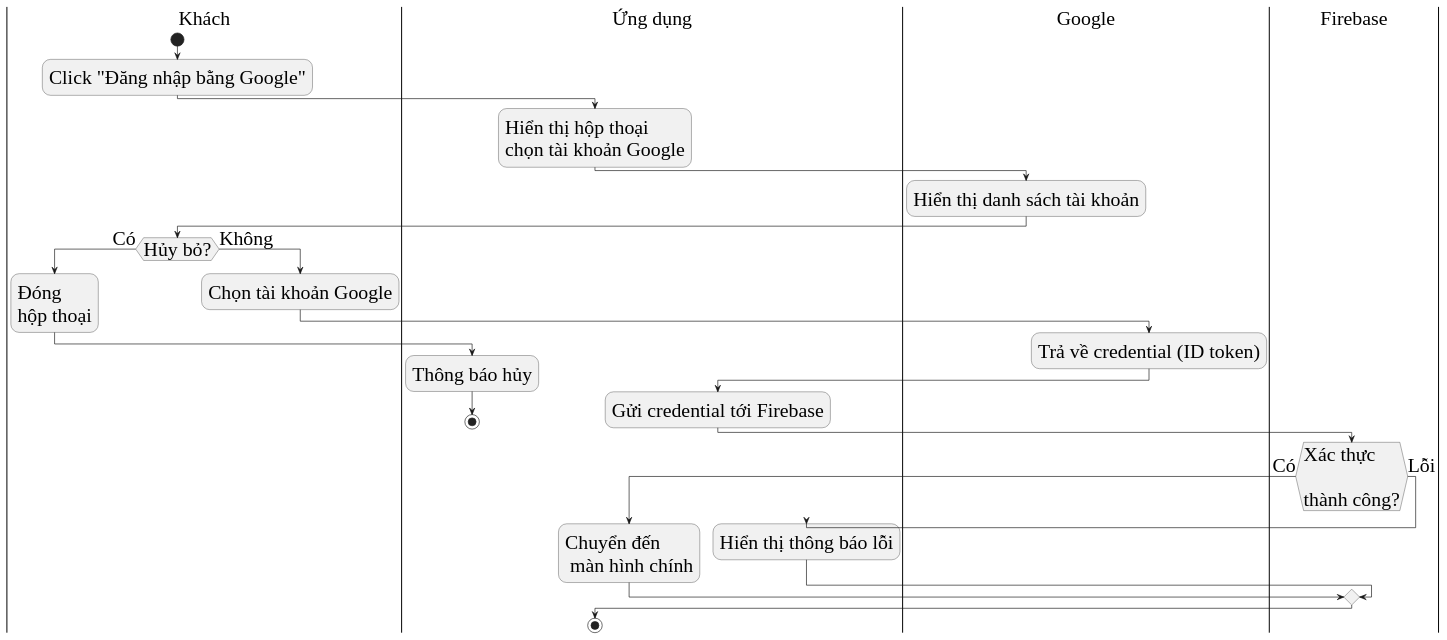
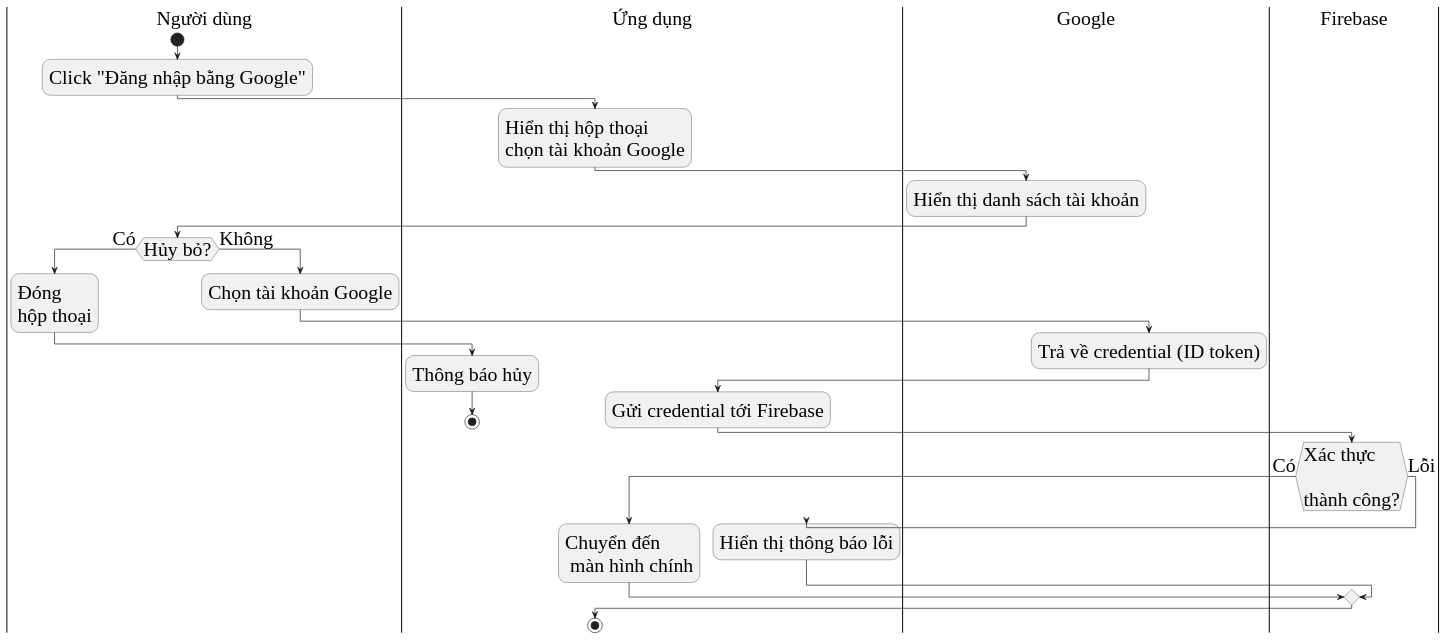
Before and after one commit to thecodinglife320/CookGood: the diagram in diagram/google_sign_in.puml, drawn with PlantUML. The commit also changed 66 other files, not shown here.

```diff
--- a/diagram/google_sign_in.puml
+++ b/diagram/google_sign_in.puml
@@ -1,35 +1,35 @@
 @startuml
 skinparam DefaultFontName "Liberation Serif"
 skinparam DefaultFontSize 30
-|Khách|
+|Người dùng|
 start
 :Click "Đăng nhập bằng Google";
 |Ứng dụng|
 :Hiển thị hộp thoại \nchọn tài khoản Google;
 |Google|
 :Hiển thị danh sách tài khoản;
-|Khách|
+|Người dùng|
 if (Hủy bỏ?) then (Có)
   :Đóng
   hộp thoại;
   |Ứng dụng|
   :Thông báo hủy;
   stop
 else (Không)
-	|Khách|
+	|Người dùng|
   :Chọn tài khoản Google;
   |Google|
   :Trả về credential (ID token);
   |Ứng dụng|
   :Gửi credential tới Firebase;
   |Firebase|
   if (Xác thực\n\nthành công?) then (Có)
     |Ứng dụng|
     :Chuyển đến \n màn hình chính;
   else (Lỗi)
     |Ứng dụng|
     :Hiển thị thông báo lỗi;
   endif
 endif
 stop
 @enduml
```
